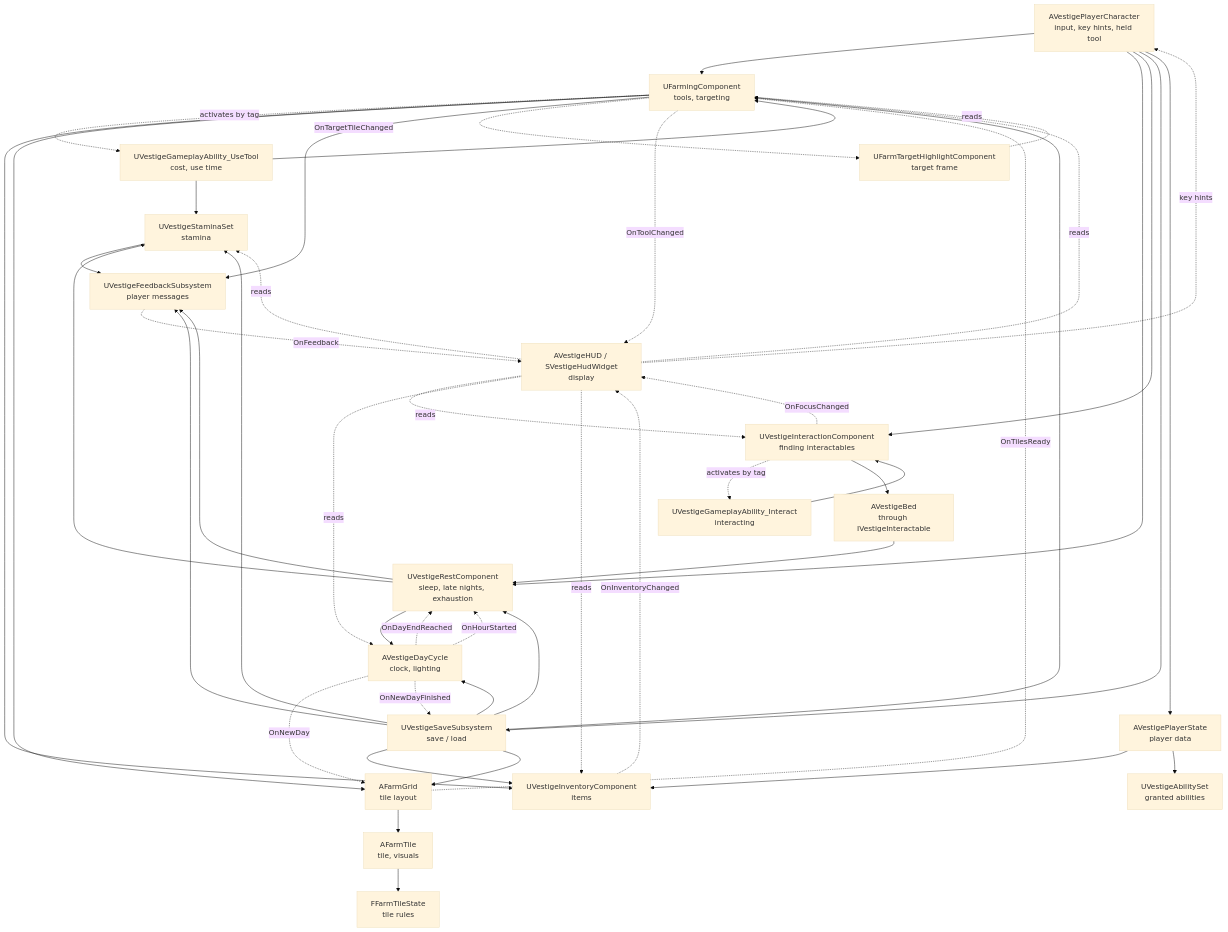
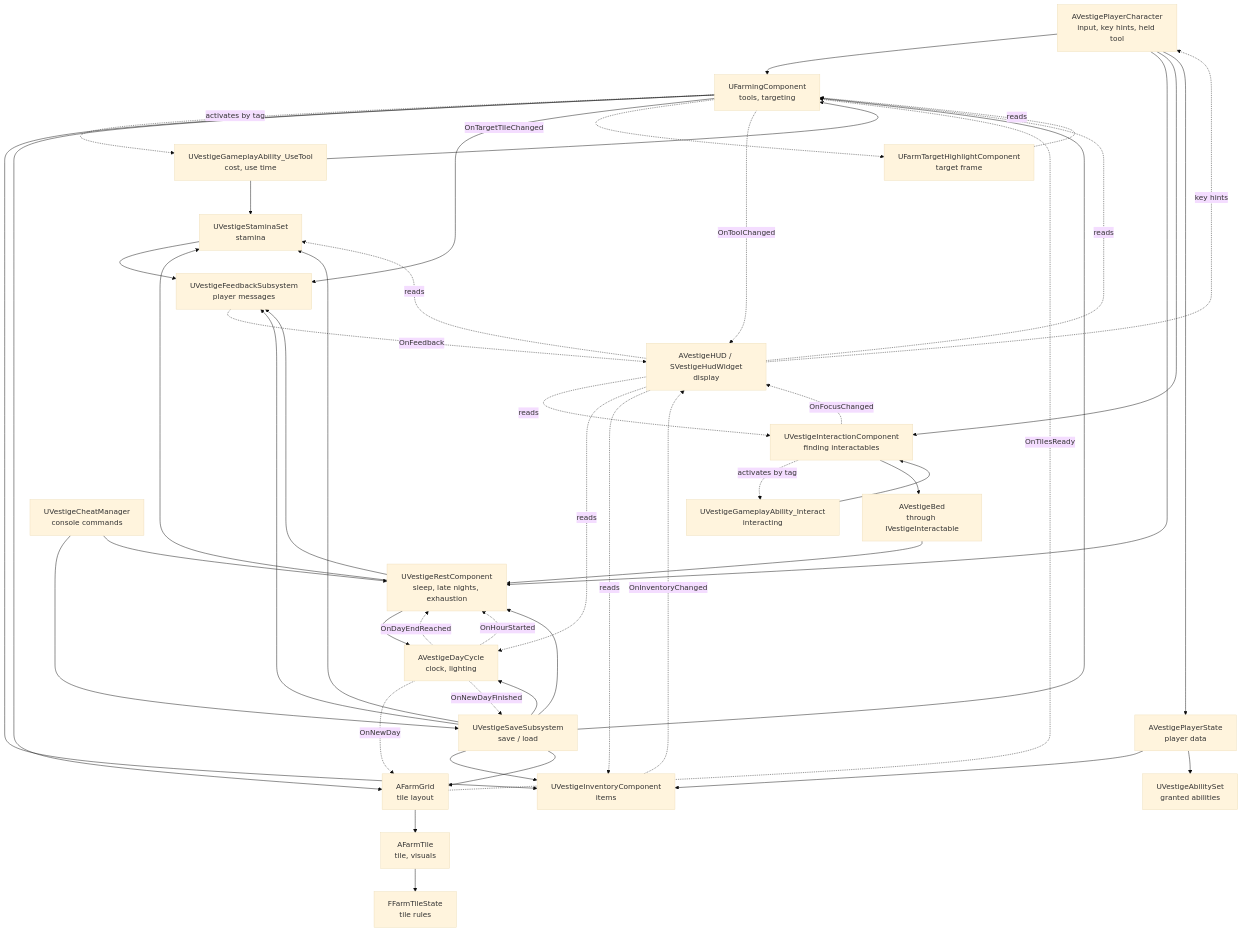
One commit to DunderGG/ProjectVestige changed the first of 2 diagrams in Docs/Architecture.md. Above: the diagram before and after it, drawn with Mermaid (base theme). The commit also changed other lines of this file and 14 other files, not shown here.

First line of the commit message:
Move the test keys F9 and N into a cheat manager

````diff
--- a/Docs/Architecture.md
+++ b/Docs/Architecture.md
@@ -386,50 +387,51 @@
 ```mermaid
 flowchart TD
     Input[AVestigePlayerCharacter<br/>input, key hints, held tool] --> Farming[UFarmingComponent<br/>tools, targeting]
     Input --> Rest[UVestigeRestComponent<br/>sleep, late nights, exhaustion]
     Input --> Interaction[UVestigeInteractionComponent<br/>finding interactables]
     Interaction -. activates by tag .-> Interact[UVestigeGameplayAbility_Interact<br/>interacting]
     Interact --> Interaction
     Interaction --> Bed[AVestigeBed<br/>through IVestigeInteractable]
     Bed --> Rest
     HUD -.reads.-> Interaction
     Interaction -. OnFocusChanged .-> HUD
-    Input --> Save
+    Cheats[UVestigeCheatManager<br/>console commands] --> Save
+    Cheats --> Rest
     HUD[AVestigeHUD / SVestigeHudWidget<br/>display] -.reads.-> Farming
     HUD -.reads.-> DayCycle
     HUD -.key hints.-> Input
     HUD -.reads.-> Inventory
     Highlight[UFarmTargetHighlightComponent<br/>target frame] -.reads.-> Farming
     Save[UVestigeSaveSubsystem<br/>save / load] --> Farming
     Save --> Inventory
     Save --> Grid
     PlayerState[AVestigePlayerState<br/>player data] --> Inventory[UVestigeInventoryComponent<br/>items]
     PlayerState --> AbilitySet[UVestigeAbilitySet<br/>granted abilities]
     Input --> PlayerState
     Farming -. activates by tag .-> UseTool[UVestigeGameplayAbility_UseTool<br/>cost, use time]
     UseTool --> Farming
     UseTool --> Stamina[UVestigeStaminaSet<br/>stamina]
     Rest --> Stamina
     Save --> Stamina
     HUD -.reads.-> Stamina
     Stamina --> Feedback
     Farming --> Inventory
     Save --> DayCycle
     Farming --> Grid[AFarmGrid<br/>tile layout]
     Rest --> DayCycle[AVestigeDayCycle<br/>clock, lighting]
     Grid --> Tile[AFarmTile<br/>tile, visuals]
     Tile --> TileState[FFarmTileState<br/>tile rules]
     Farming --> Feedback[UVestigeFeedbackSubsystem<br/>player messages]
     Rest --> Feedback
     Save --> Feedback
     DayCycle -. OnDayEndReached .-> Rest
     DayCycle -. OnHourStarted .-> Rest
     Save --> Rest
     DayCycle -. OnNewDay .-> Grid
     DayCycle -. OnNewDayFinished .-> Save
     Grid -. OnTilesReady .-> Farming
     Farming -. OnTargetTileChanged .-> Highlight
     Farming -. OnToolChanged .-> HUD
     Inventory -. OnInventoryChanged .-> HUD
     Feedback -. OnFeedback .-> HUD
 ```
````
